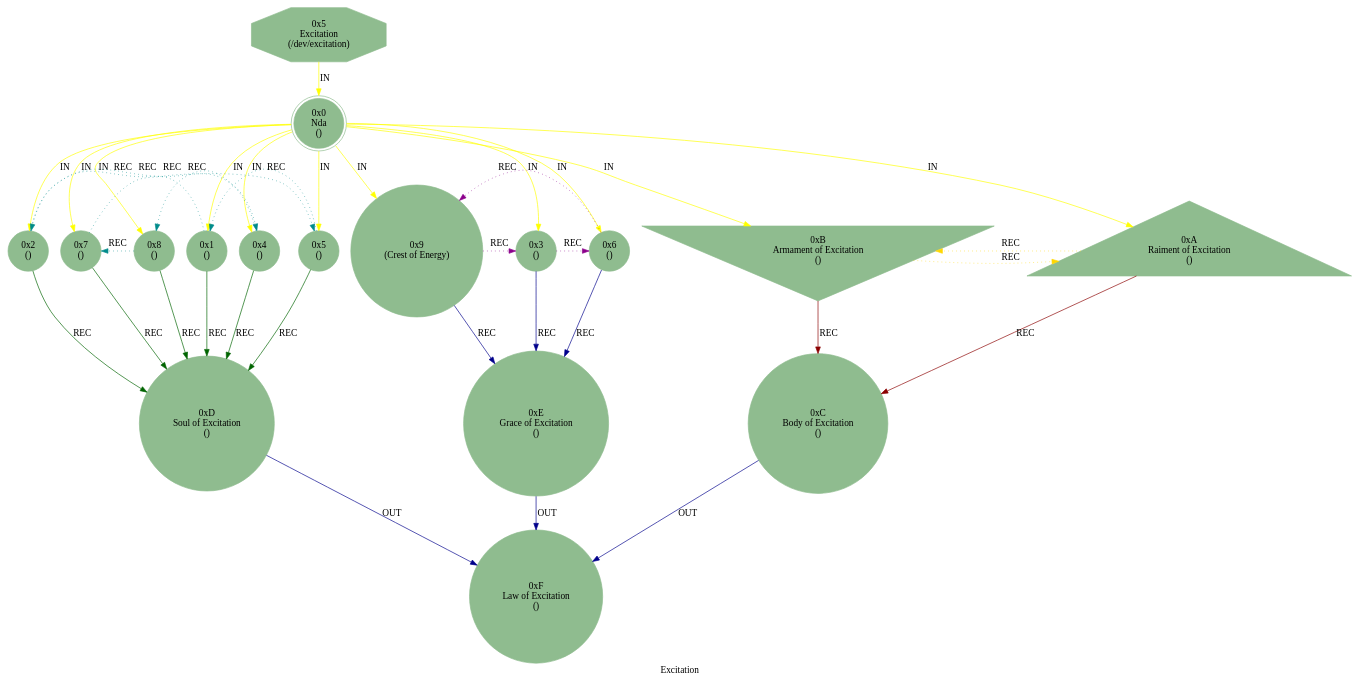
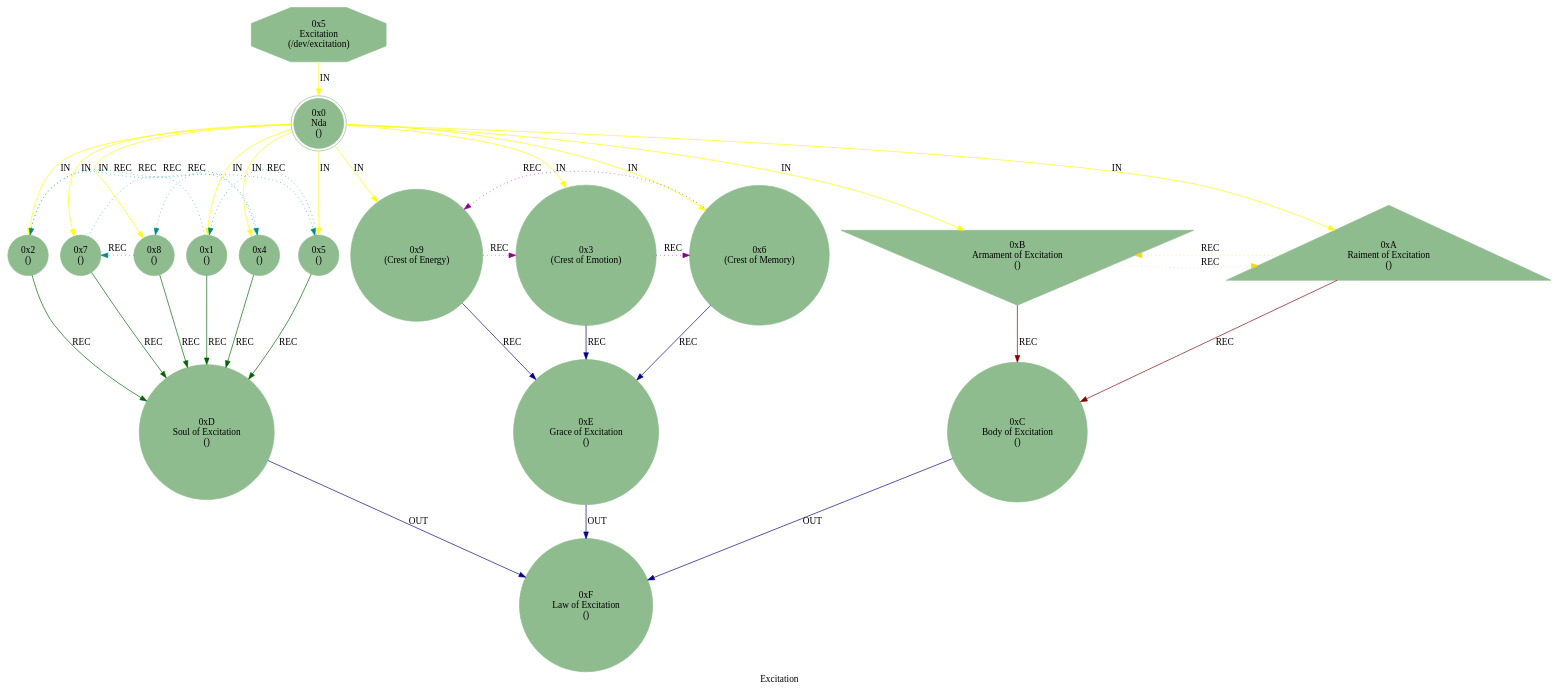
Before and after one commit to cilang/mythos: the diagram in src/core/mythos_dev_excitation.dot, drawn with Graphviz. The commit also changed 4 other files, not shown here.

```diff
--- a/src/core/mythos_dev_excitation.dot
+++ b/src/core/mythos_dev_excitation.dot
@@ -1,40 +1,40 @@
 strict digraph G {
     label = "Excitation";
     style = filled;
     color = blue;
     comment = "";
     node [shape = polygon; sides = 8; style = filled; color = darkseagreen;];
     
     spark_5_mythos_t [label = "0x5\nExcitation\n(/dev/excitation)";];
     
     spark_0_excitation_t [label = "0x0\nNda\n()";shape = doublecircle;comment = "";];
     spark_1_excitation_t [label = "0x1\n()";shape = circle;comment = "";];
     spark_2_excitation_t [label = "0x2\n()";shape = circle;comment = "";];
-    spark_3_excitation_t [label = "0x3\n()";shape = circle;comment = "";];
+    spark_3_excitation_t [label = "0x3\n(Crest of Emotion)";shape = circle;comment = "";];
     spark_4_excitation_t [label = "0x4\n()";shape = circle;comment = "";];
     spark_5_excitation_t [label = "0x5\n()";shape = circle;comment = "";];
-    spark_6_excitation_t [label = "0x6\n()";shape = circle;comment = "";];
+    spark_6_excitation_t [label = "0x6\n(Crest of Memory)";shape = circle;comment = "";];
     spark_7_excitation_t [label = "0x7\n()";shape = circle;comment = "";];
     spark_8_excitation_t [label = "0x8\n()";shape = circle;comment = "";];
     spark_9_excitation_t [label = "0x9\n(Crest of Energy)";shape = circle;comment = "";];
     spark_a_excitation_t [label = "0xA\nRaiment of Excitation\n()";shape = triangle;comment = "";];
     spark_b_excitation_t [label = "0xB\nArmament of Excitation\n()";shape = invtriangle;comment = "";];
     spark_c_excitation_t [label = "0xC\nBody of Excitation\n()";shape = circle;comment = "";];
     spark_d_excitation_t [label = "0xD\nSoul of Excitation\n()";shape = circle;comment = "";];
     spark_e_excitation_t [label = "0xE\nGrace of Excitation\n()";shape = circle;comment = "";];
     spark_f_excitation_t [label = "0xF\nLaw of Excitation\n()";shape = circle;comment = "";];
     // IN = Input
     // OUT = Output
     // REC = Recursion
     spark_5_mythos_t -> spark_0_excitation_t -> {spark_a_excitation_t spark_b_excitation_t spark_1_excitation_t spark_2_excitation_t spark_3_excitation_t spark_4_excitation_t spark_5_excitation_t spark_6_excitation_t spark_7_excitation_t spark_8_excitation_t spark_9_excitation_t} [label = "IN"; color = yellow; comment = "";];
     
     {spark_a_excitation_t spark_b_excitation_t} -> spark_c_excitation_t [label = "REC"; color = darkred; comment = "";];
     {spark_1_excitation_t spark_2_excitation_t spark_4_excitation_t spark_8_excitation_t spark_7_excitation_t spark_5_excitation_t} -> spark_d_excitation_t [label = "REC"; color = darkgreen; comment = "";];
     {spark_3_excitation_t spark_6_excitation_t spark_9_excitation_t} -> spark_e_excitation_t [label = "REC"; color = darkblue; comment = "";];
     
     spark_1_excitation_t -> spark_2_excitation_t -> spark_4_excitation_t -> spark_8_excitation_t -> spark_7_excitation_t -> spark_5_excitation_t -> spark_1_excitation_t [label = "REC"; color = darkcyan; comment = ""; style = dotted; constraint = false;];
     spark_3_excitation_t -> spark_6_excitation_t -> spark_9_excitation_t -> spark_3_excitation_t [label = "REC"; color = darkmagenta; comment = ""; style = dotted; constraint = false;];
     spark_a_excitation_t -> spark_b_excitation_t -> spark_a_excitation_t [label = "REC"; color = gold; comment = ""; style = dotted; constraint = false;];
     
     {spark_c_excitation_t spark_d_excitation_t spark_e_excitation_t} -> spark_f_excitation_t [label = "OUT"; color = darkblue; comment = "";];
 }
```
